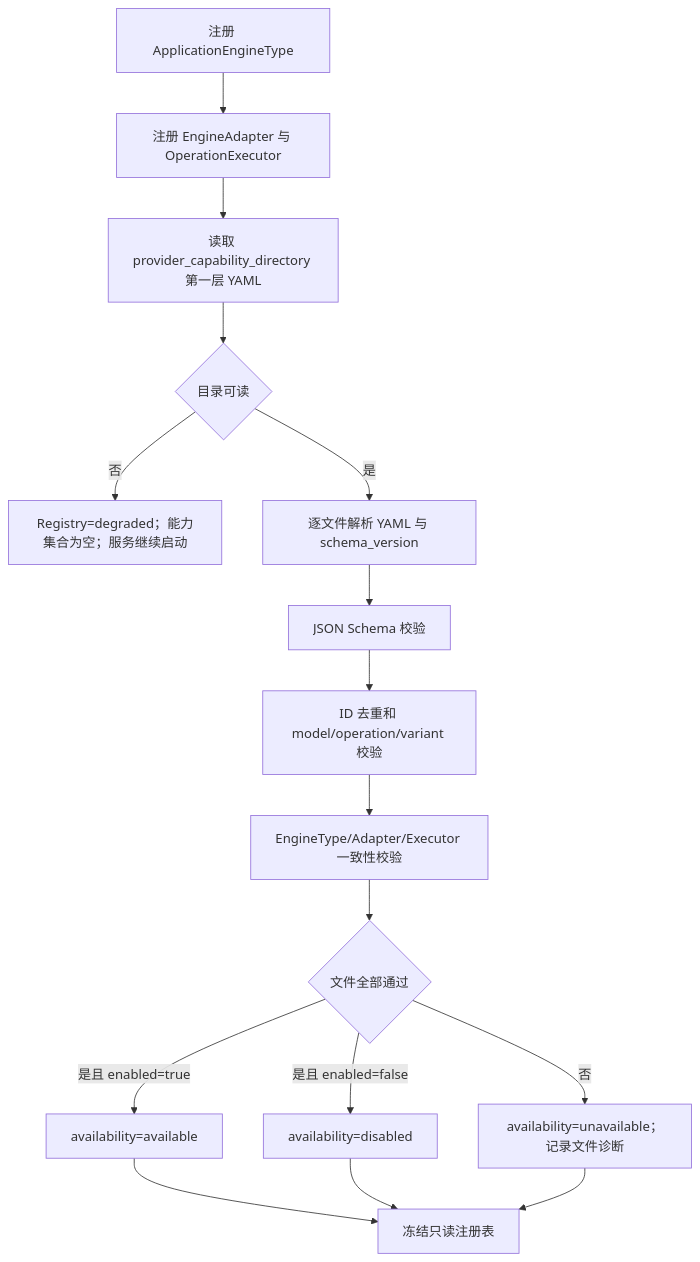
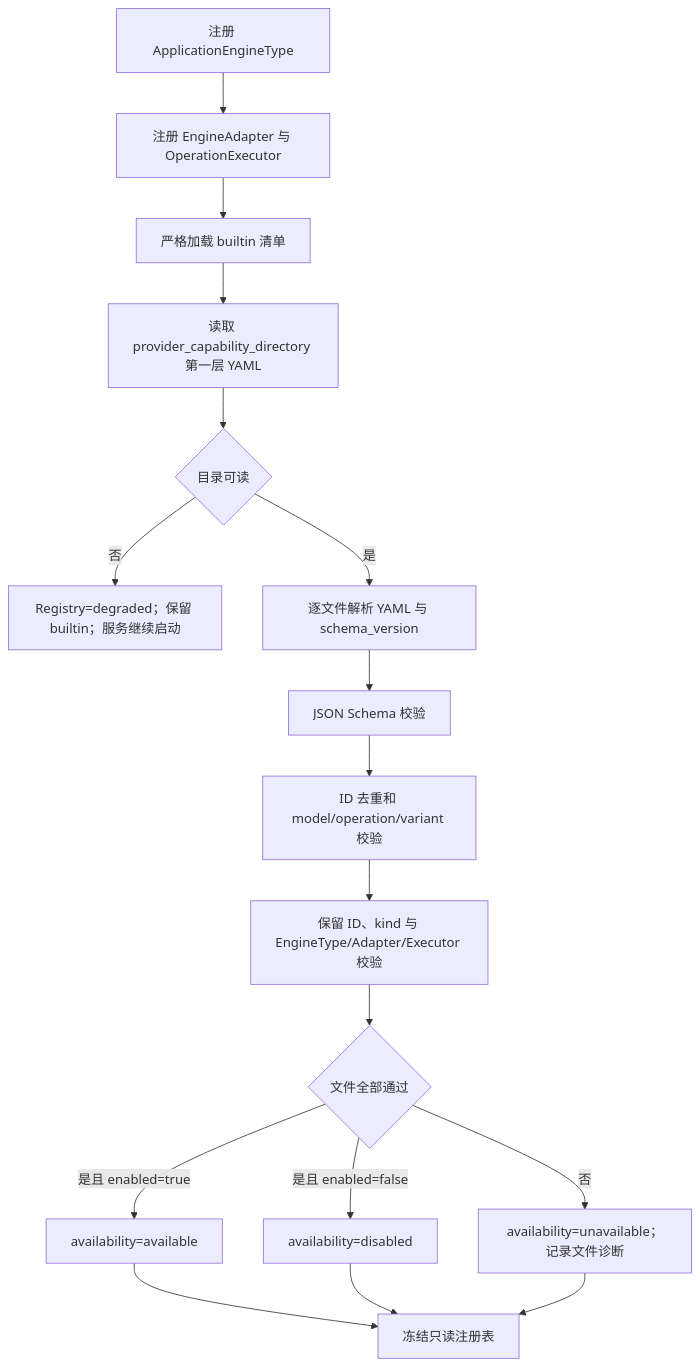
The second of 5 diagrams in 02_architecture/domains/application-platform.md (wangweihong/omnimam-spec), drawn with Mermaid before and after one commit. The commit also changed other lines of this file and 11 other files, not shown here.

````diff
--- a/02_architecture/domains/application-platform.md
+++ b/02_architecture/domains/application-platform.md
@@ -56,18 +57,19 @@
 ```mermaid
 flowchart TD
     A["注册 ApplicationEngineType"] --> B["注册 EngineAdapter 与 OperationExecutor"]
-    B --> C["读取 provider_capability_directory 第一层 YAML"]
+    B --> BI["严格加载 builtin 清单"]
+    BI --> C["读取 provider_capability_directory 第一层 YAML"]
     C --> D{"目录可读"}
-    D -->|"否"| E["Registry=degraded；能力集合为空；服务继续启动"]
+    D -->|"否"| E["Registry=degraded；保留 builtin；服务继续启动"]
     D -->|"是"| F["逐文件解析 YAML 与 schema_version"]
     F --> G["JSON Schema 校验"]
     G --> H["ID 去重和 model/operation/variant 校验"]
-    H --> I["EngineType/Adapter/Executor 一致性校验"]
+    H --> I["保留 ID、kind 与 EngineType/Adapter/Executor 校验"]
     I --> J{"文件全部通过"}
     J -->|"是且 enabled=true"| K["availability=available"]
     J -->|"是且 enabled=false"| L["availability=disabled"]
     J -->|"否"| M["availability=unavailable；记录文件诊断"]
     K --> N["冻结只读注册表"]
     L --> N
     M --> N
 ```
````
